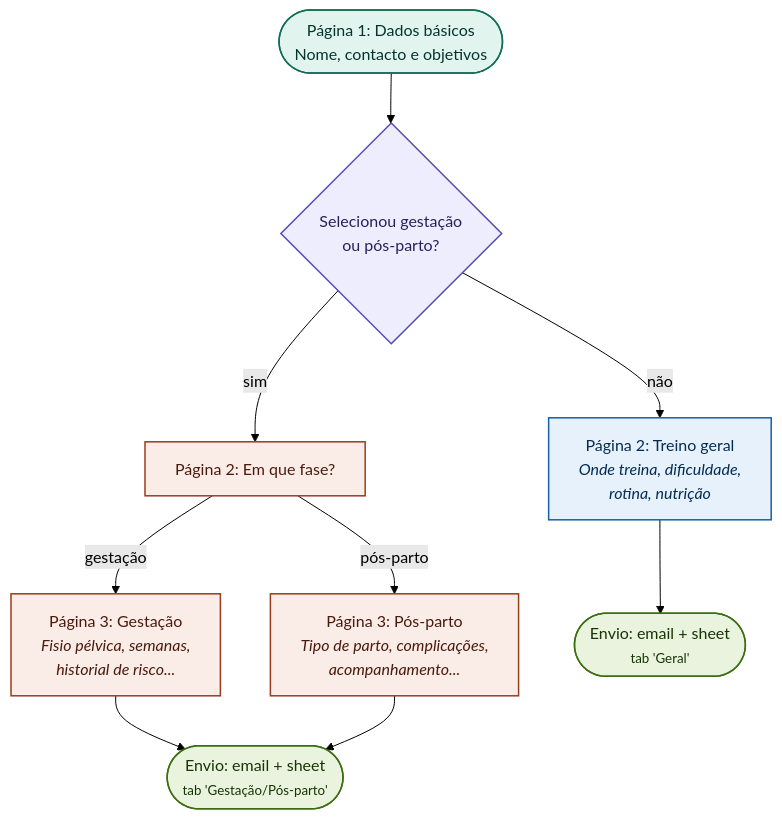
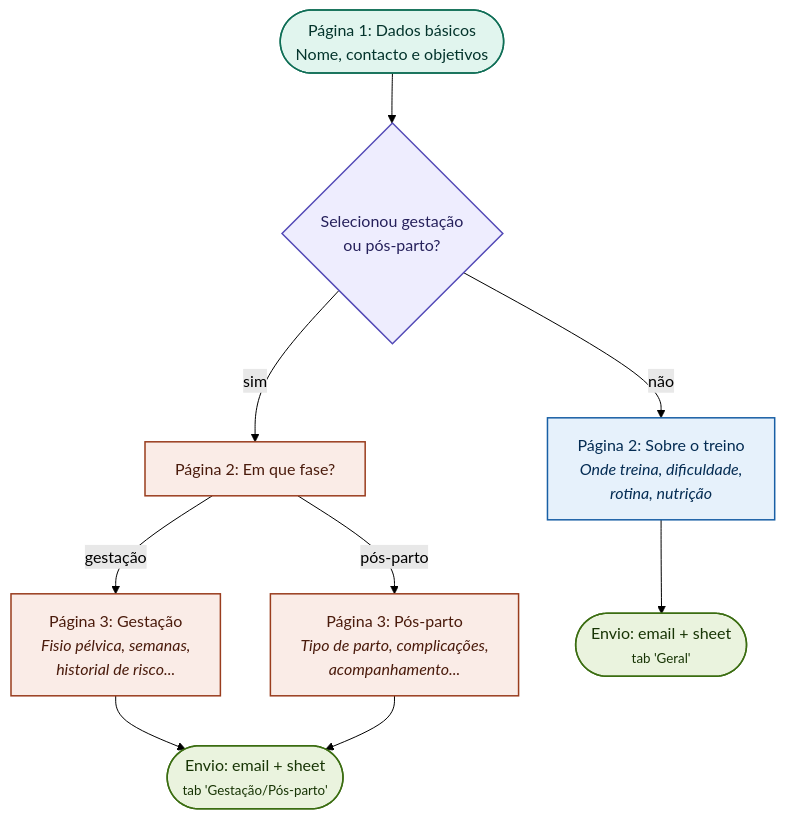
One commit to C2M2-Mobile-Minds/ignite-individual-coaching-web changed the first of 3 diagrams in README.md. Above: the diagram before and after it, drawn with Mermaid (forest theme). The commit also changed other lines of this file and 6 other files, not shown here.

````diff
--- a/README.md
+++ b/README.md
@@ -67,26 +67,26 @@
 ```mermaid
 flowchart TD
     A(["Página 1: Dados básicos<br/>Nome, contacto e objetivos"]) --> B{"Selecionou gestação<br/>ou pós-parto?"}
 
-    B -- não --> C["Página 2: Treino geral<br/><i>Onde treina, dificuldade,<br/>rotina, nutrição</i>"]
+    B -- não --> C["Página 2: Sobre o treino<br/><i>Onde treina, dificuldade,<br/>rotina, nutrição</i>"]
     B -- sim --> D["Página 2: Em que fase?"]
 
     D -- gestação --> F["Página 3: Gestação<br/><i>Fisio pélvica, semanas,<br/>historial de risco...</i>"]
     D -- pós-parto --> G["Página 3: Pós-parto<br/><i>Tipo de parto, complicações,<br/>acompanhamento...</i>"]
 
     C --> E(["Envio: email + sheet<br/><small>tab 'Geral'</small>"])
     F --> H(["Envio: email + sheet<br/><small>tab 'Gestação/Pós-parto'</small>"])
     G --> H
 
     classDef start fill:#E1F5EE,stroke:#0F6E56,stroke-width:1.5px,color:#04342C
     classDef decision fill:#EEEDFE,stroke:#534AB7,stroke-width:1.5px,color:#26215C
     classDef general fill:#E6F1FB,stroke:#185FA5,stroke-width:1.5px,color:#042C53
     classDef pregnancy fill:#FAECE7,stroke:#993C1D,stroke-width:1.5px,color:#4A1B0C
     classDef finish fill:#EAF3DE,stroke:#3B6D11,stroke-width:1.5px,color:#173404
 
     class A start
     class B decision
     class C general
     class D,F,G pregnancy
     class E,H finish
 ```
````
